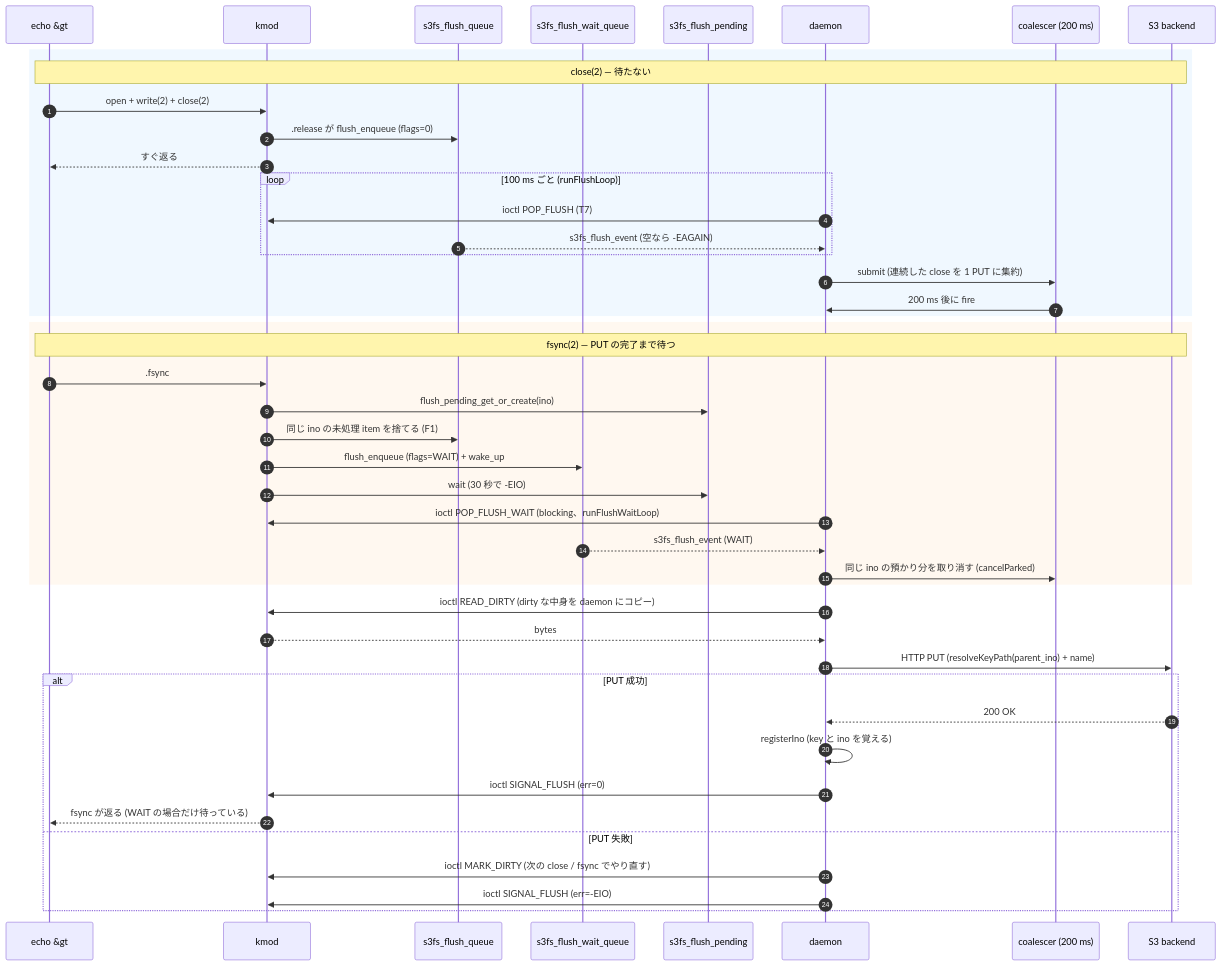
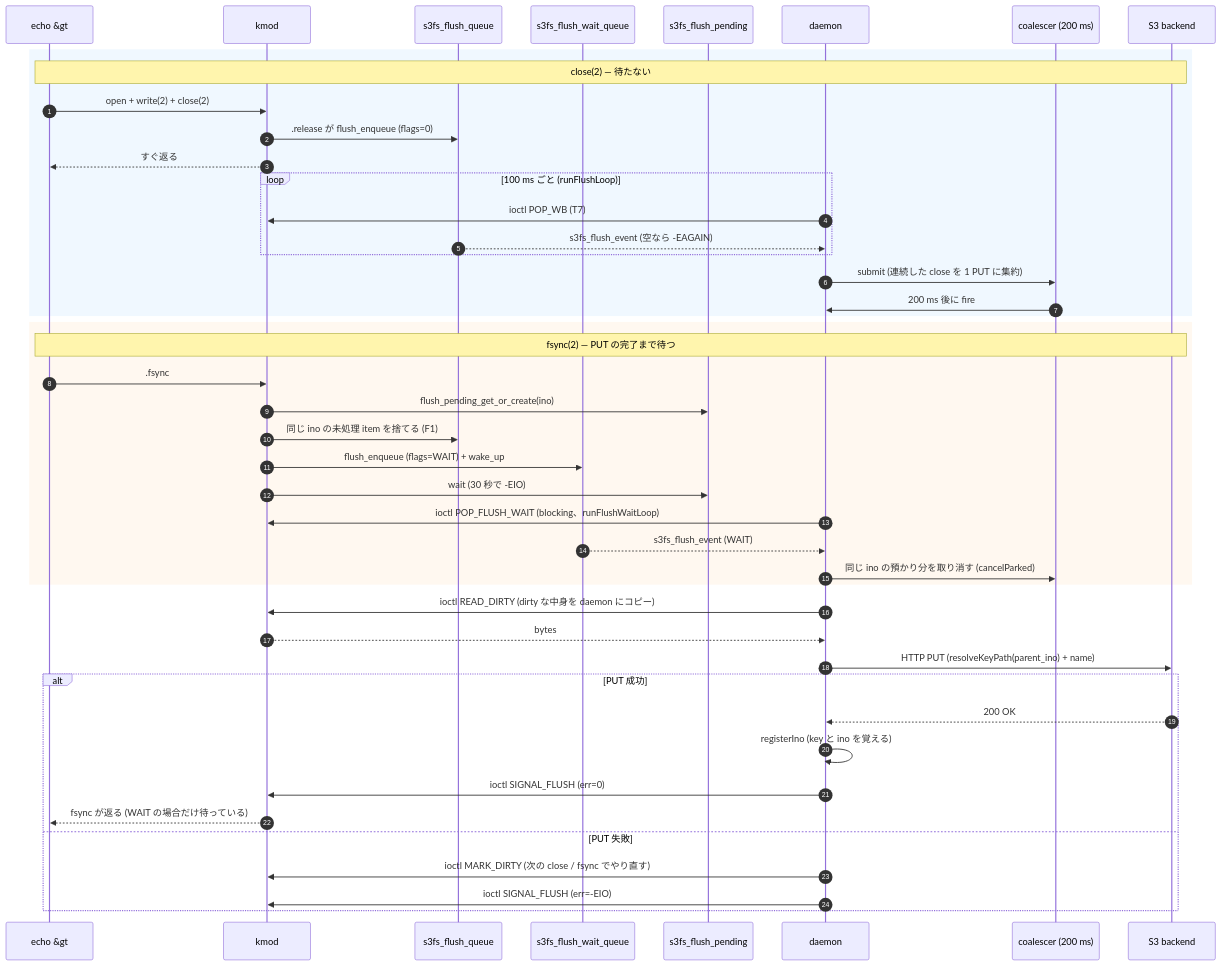
One commit to masu-mi/s3fs-ebpf changed the third of 5 diagrams in docs/design/component-communication.md. Above: the diagram before and after it, drawn with Mermaid. The commit also changed other lines of this file and 23 other files, not shown here.

First line of the commit message:
v2 Phase 4 (part): flush / delete / rename share one write-back FIFO (POP_WB); kmod -> daemon queues 5 -> 3

````diff
--- a/docs/design/component-communication.md
+++ b/docs/design/component-communication.md
@@ -208,50 +206,50 @@
 ```mermaid
 sequenceDiagram
     autonumber
     participant App as echo &gt;
     participant Kmod as kmod
     participant FQ as s3fs_flush_queue
     participant FW as s3fs_flush_wait_queue
     participant FP as s3fs_flush_pending
     participant Daemon as daemon
     participant Coal as coalescer (200 ms)
     participant S3 as S3 backend
 
     rect rgb(240,248,255)
     Note over App,S3: close(2) — 待たない
     App->>Kmod: open + write(2) + close(2)
     Kmod->>FQ: .release が flush_enqueue (flags=0)
     Kmod-->>App: すぐ返る
     loop 100 ms ごと (runFlushLoop)
-      Daemon->>Kmod: ioctl POP_FLUSH (T7)
+      Daemon->>Kmod: ioctl POP_WB (T7)
       FQ-->>Daemon: s3fs_flush_event (空なら -EAGAIN)
     end
     Daemon->>Coal: submit (連続した close を 1 PUT に集約)
     Coal->>Daemon: 200 ms 後に fire
     end
 
     rect rgb(255,248,240)
     Note over App,S3: fsync(2) — PUT の完了まで待つ
     App->>Kmod: .fsync
     Kmod->>FP: flush_pending_get_or_create(ino)
     Kmod->>FQ: 同じ ino の未処理 item を捨てる (F1)
     Kmod->>FW: flush_enqueue (flags=WAIT) + wake_up
     Kmod->>FP: wait (30 秒で -EIO)
     Daemon->>Kmod: ioctl POP_FLUSH_WAIT (blocking、runFlushWaitLoop)
     FW-->>Daemon: s3fs_flush_event (WAIT)
     Daemon->>Coal: 同じ ino の預かり分を取り消す (cancelParked)
     end
 
     Daemon->>Kmod: ioctl READ_DIRTY (dirty な中身を daemon にコピー)
     Kmod-->>Daemon: bytes
     Daemon->>S3: HTTP PUT (resolveKeyPath(parent_ino) + name)
     alt PUT 成功
       S3-->>Daemon: 200 OK
       Daemon->>Daemon: registerIno (key と ino を覚える)
       Daemon->>Kmod: ioctl SIGNAL_FLUSH (err=0)
       Kmod-->>App: fsync が返る (WAIT の場合だけ待っている)
     else PUT 失敗
       Daemon->>Kmod: ioctl MARK_DIRTY (次の close / fsync でやり直す)
       Daemon->>Kmod: ioctl SIGNAL_FLUSH (err=-EIO)
     end
 ```
````
